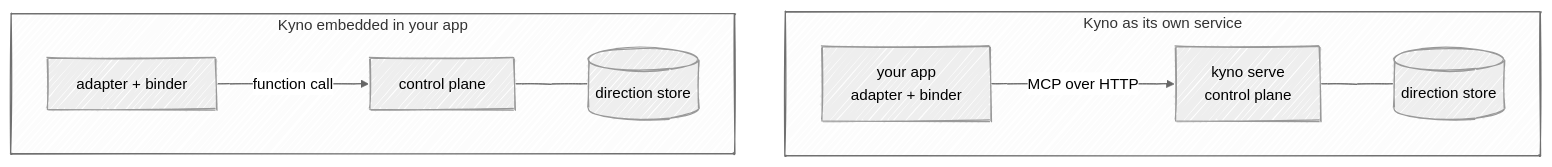
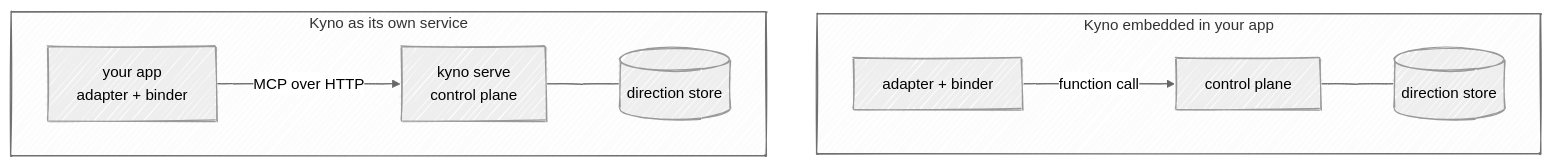
The first of 2 diagrams in docs/adapters.md (cizambra/kyno), drawn with Mermaid before and after one commit. The commit also changed other lines of this file, not shown here.

````diff
--- a/docs/adapters.md
+++ b/docs/adapters.md
@@ -50,18 +51,18 @@
 ```mermaid
 ---
 config:
   look: handDrawn
   theme: neutral
 ---
 flowchart TB
+  subgraph emb["Kyno embedded in your app"]
+    direction LR
+    B2["adapter + binder"] -- "function call" --> K2["control plane"]
+    K2 --- S2[("direction store")]
+  end
   subgraph svc["Kyno as its own service"]
     direction LR
     A1["your app<br/>adapter + binder"] -- "MCP over HTTP" --> K1["kyno serve<br/>control plane"]
     K1 --- S1[("direction store")]
   end
-  subgraph emb["Kyno embedded in your app"]
-    direction LR
-    B2["adapter + binder"] -- "function call" --> K2["control plane"]
-    K2 --- S2[("direction store")]
-  end
 ```
````
